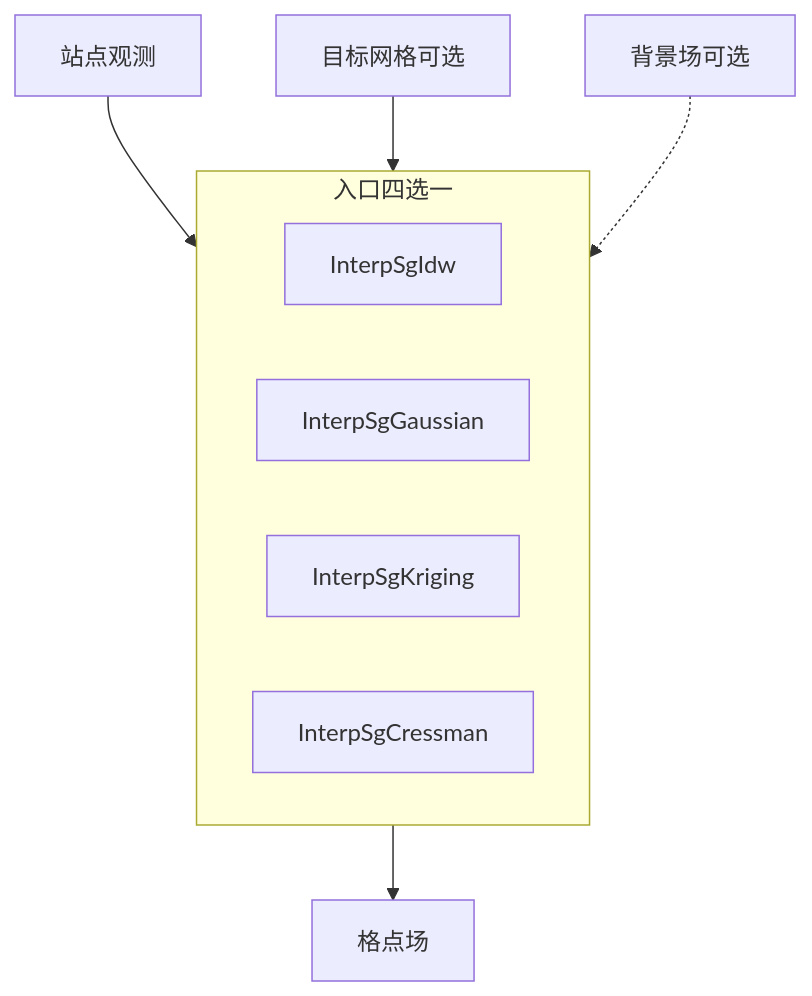
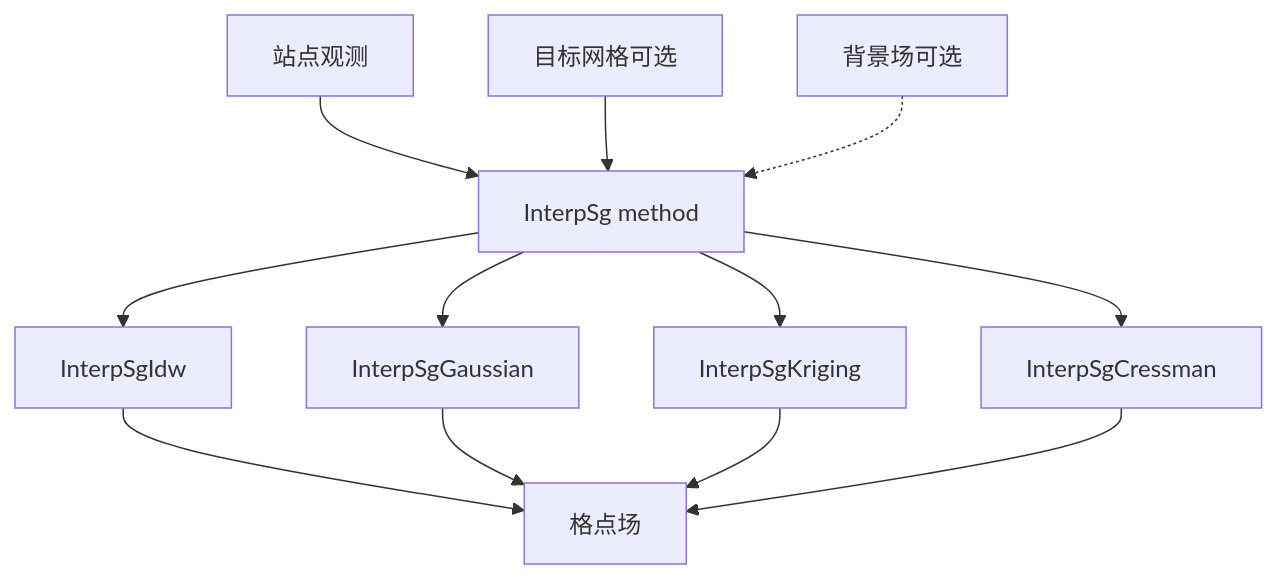
Before and after one commit to HerADCalciummilk/test: the diagram in 00temp/interpolation_station_grid/resource/showdoc_demo/plugin_page.md, drawn with Mermaid. The commit also changed other lines of this file and 737 other files, not shown here.

````diff
--- a/00temp/interpolation_station_grid/resource/showdoc_demo/plugin_page.md
+++ b/00temp/interpolation_station_grid/resource/showdoc_demo/plugin_page.md
@@ -13,13 +13,15 @@
 ```mermaid
 flowchart TB
-    STA[站点观测] --> ENT
-    GRID[目标网格可选] --> ENT
-    BG[背景场可选] -.-> ENT
-    subgraph ENT[入口四选一]
-        IDW[InterpSgIdw]
-        GAU[InterpSgGaussian]
-        KR[InterpSgKriging]
-        CR[InterpSgCressman]
-    end
-    ENT --> OUT[格点场]
+    STA[站点观测] --> FACADE
+    GRID[目标网格可选] --> FACADE
+    BG[背景场可选] -.-> FACADE
+    FACADE[InterpSg method]
+    FACADE --> IDW[InterpSgIdw]
+    FACADE --> GAU[InterpSgGaussian]
+    FACADE --> KR[InterpSgKriging]
+    FACADE --> CR[InterpSgCressman]
+    IDW --> OUT[格点场]
+    GAU --> OUT
+    KR --> OUT
+    CR --> OUT
 ```
````
